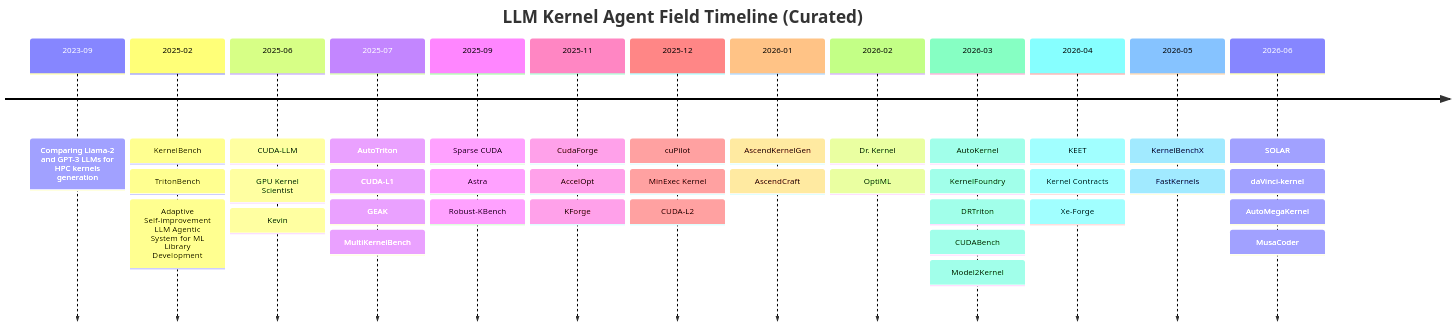
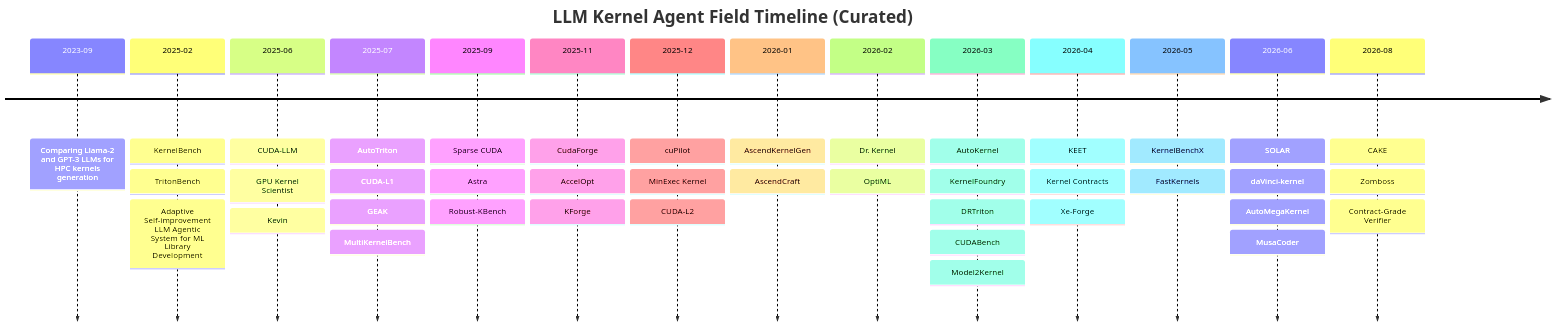
Before and after one commit to qhy991/Awesome-LLM-Kernel-Agent: the first of 3 diagrams in README.md, drawn with Mermaid. The commit also changed other lines of this file and 12 other files, not shown here.

````diff
--- a/README.md
+++ b/README.md
@@ -63,42 +63,45 @@
 ```mermaid
 timeline
     title LLM Kernel Agent Field Timeline (Curated)
     2023-09 : Comparing Llama-2 and GPT-3 LLMs for HPC kernels generation
     2025-02 : KernelBench
              : TritonBench
              : Adaptive Self-improvement LLM Agentic System for ML Library Development
     2025-06 : CUDA-LLM
              : GPU Kernel Scientist
              : Kevin
     2025-07 : AutoTriton
              : CUDA-L1
              : GEAK
              : MultiKernelBench
     2025-09 : Sparse CUDA
              : Astra
              : Robust-KBench
     2025-11 : CudaForge
              : AccelOpt
              : KForge
     2025-12 : cuPilot
              : MinExec Kernel
              : CUDA-L2
     2026-01 : AscendKernelGen
              : AscendCraft
     2026-02 : Dr. Kernel
              : OptiML
     2026-03 : AutoKernel
              : KernelFoundry
              : DRTriton
              : CUDABench
              : Model2Kernel
     2026-04 : KEET
              : Kernel Contracts
              : Xe-Forge
     2026-05 : KernelBenchX
              : FastKernels
     2026-06 : SOLAR
              : daVinci-kernel
              : AutoMegaKernel
              : MusaCoder
+    2026-08 : CAKE
+             : Zomboss
+             : Contract-Grade Verifier
 ```
````
